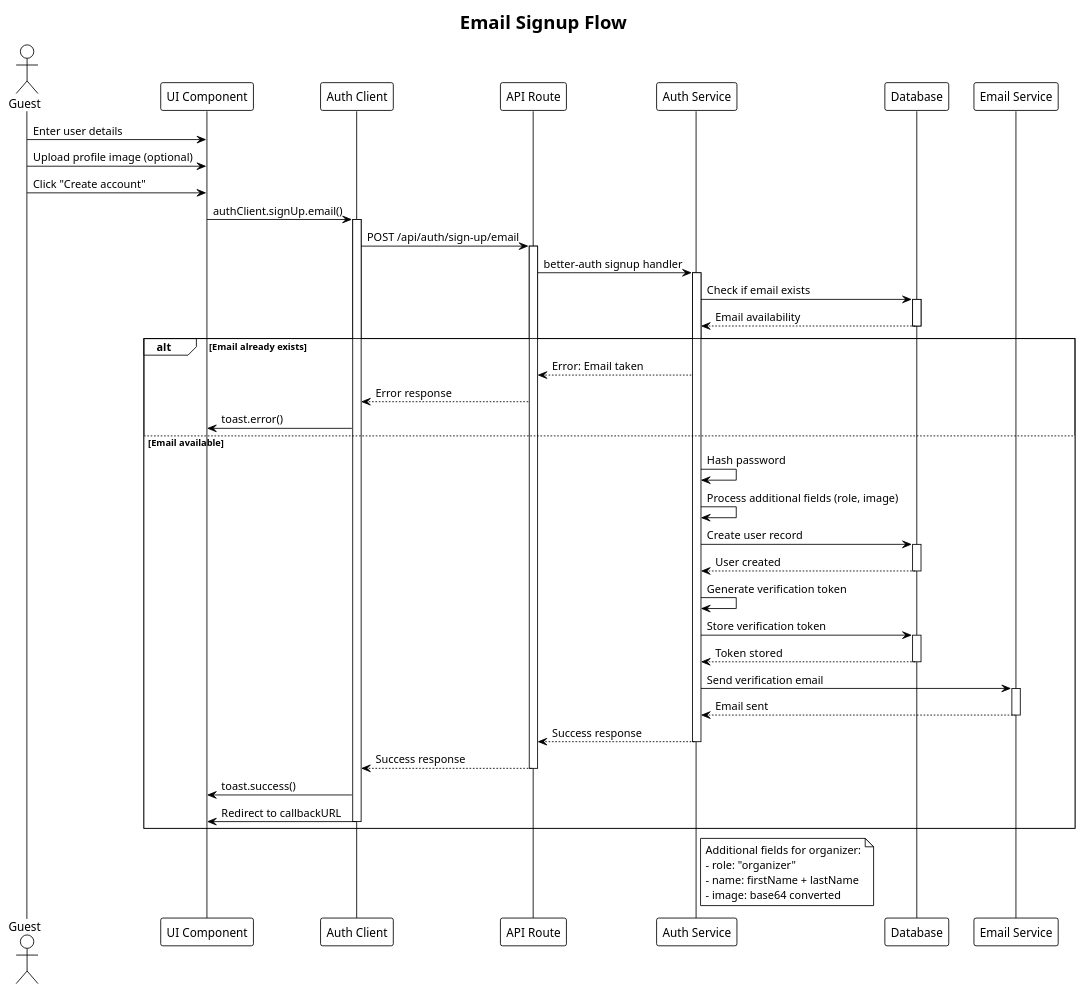
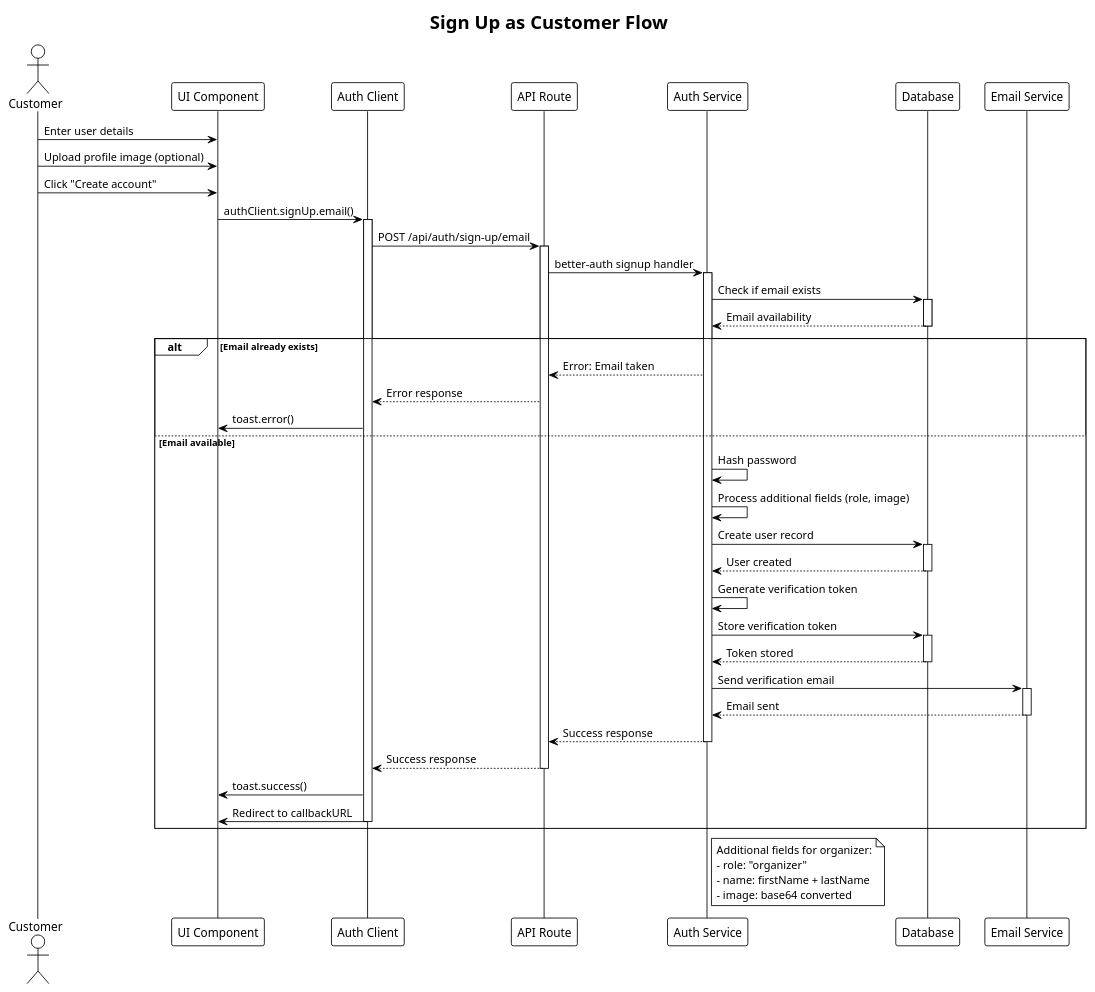
One commit to VieTicket/vieticket-monorepo changed the third of 8 diagrams in puml/auth.puml. Above: the diagram before and after it, drawn with PlantUML. The commit also changed other lines of this file and 183 other files, not shown here.

```diff
--- a/puml/auth.puml
+++ b/puml/auth.puml
@@ -122,73 +122,73 @@
-@startuml signup
+@startuml customer signup
 !theme plain
-title Email Signup Flow
+title Sign Up as Customer Flow
 
-actor Guest
+actor Customer
 participant "UI Component" as UI
 participant "Auth Client" as Client
 participant "API Route" as API
 participant "Auth Service" as Auth
 participant "Database" as DB
 participant "Email Service" as Email
 
-Guest -> UI: Enter user details
-Guest -> UI: Upload profile image (optional)
-Guest -> UI: Click "Create account"
+Customer -> UI: Enter user details
+Customer -> UI: Upload profile image (optional)
+Customer -> UI: Click "Create account"
 
 UI -> Client: authClient.signUp.email()
 activate Client
 
 Client -> API: POST /api/auth/sign-up/email
 activate API
 
 API -> Auth: better-auth signup handler
 activate Auth
 
 Auth -> DB: Check if email exists
 activate DB
 DB --> Auth: Email availability
 deactivate DB
 
 alt Email already exists
     Auth --> API: Error: Email taken
     API --> Client: Error response
     Client -> UI: toast.error()
 else Email available
     Auth -> Auth: Hash password
     Auth -> Auth: Process additional fields (role, image)
     
     Auth -> DB: Create user record
     activate DB
     DB --> Auth: User created
     deactivate DB
     
     Auth -> Auth: Generate verification token
     Auth -> DB: Store verification token
     activate DB
     DB --> Auth: Token stored
     deactivate DB
     
     Auth -> Email: Send verification email
     activate Email
     Email --> Auth: Email sent
     deactivate Email
     
     Auth --> API: Success response
     deactivate Auth
     
     API --> Client: Success response
     deactivate API
     
     Client -> UI: toast.success()
     Client -> UI: Redirect to callbackURL
     deactivate Client
 end
 
 note right of Auth
   Additional fields for organizer:
   - role: "organizer"
   - name: firstName + lastName
   - image: base64 converted
 end note
 
 @enduml
```
